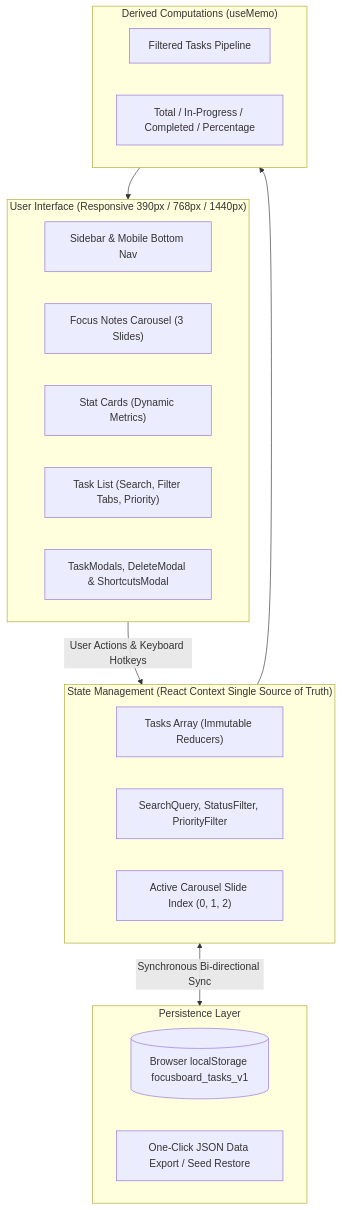
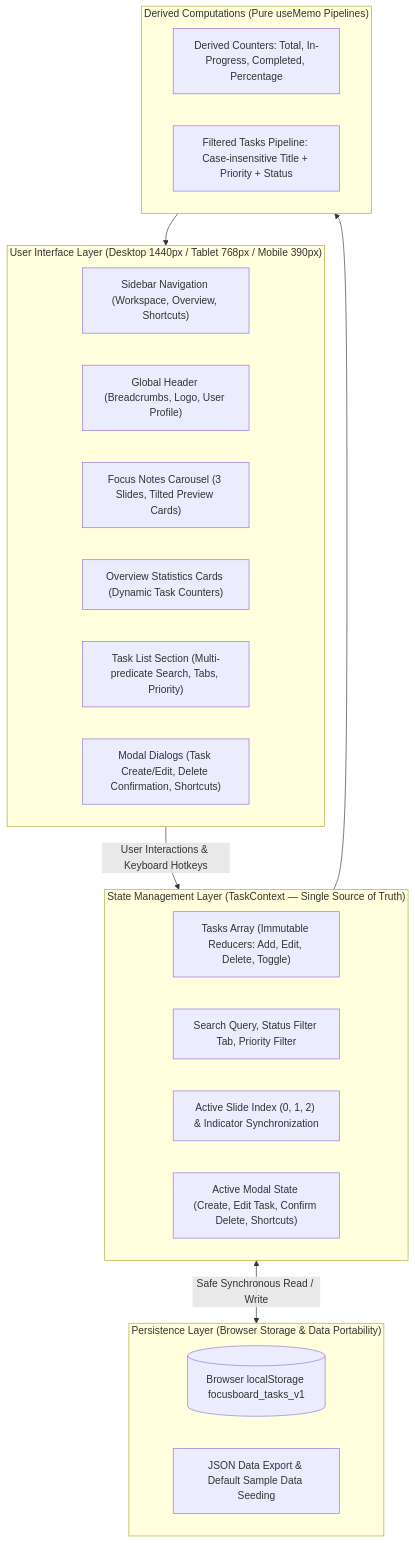
One commit to vamsikiran1234/FocusBoard changed the diagram in README.md. Above: the diagram before and after it, drawn with Mermaid. The commit also changed other lines of this file and 1 other file, not shown here.

Commit message:
docs: enhance README with architecture matrix and elevate AI_USAGE with senior debugging narratives

````diff
--- a/README.md
+++ b/README.md
@@ -24,31 +32,33 @@
 ```mermaid
 flowchart TD
-    subgraph UI ["User Interface (Responsive 390px / 768px / 1440px)"]
-        Sidebar["Sidebar & Mobile Bottom Nav"]
-        Carousel["Focus Notes Carousel (3 Slides)"]
-        Stats["Stat Cards (Dynamic Metrics)"]
-        TaskList["Task List (Search, Filter Tabs, Priority)"]
-        Modals["TaskModals, DeleteModal & ShortcutsModal"]
+    subgraph UI ["User Interface Layer (Desktop 1440px / Tablet 768px / Mobile 390px)"]
+        Sidebar["Sidebar Navigation (Workspace, Overview, Shortcuts)"]
+        Header["Global Header (Breadcrumbs, Logo, User Profile)"]
+        Carousel["Focus Notes Carousel (3 Slides, Tilted Preview Cards)"]
+        Stats["Overview Statistics Cards (Dynamic Task Counters)"]
+        TaskList["Task List Section (Multi-predicate Search, Tabs, Priority)"]
+        Modals["Modal Dialogs (Task Create/Edit, Delete Confirmation, Shortcuts)"]
     end
 
-    subgraph CoreState ["State Management (React Context Single Source of Truth)"]
-        State["Tasks Array (Immutable Reducers)"]
-        Filters["SearchQuery, StatusFilter, PriorityFilter"]
-        ActiveSlide["Active Carousel Slide Index (0, 1, 2)"]
+    subgraph CoreState ["State Management Layer (TaskContext — Single Source of Truth)"]
+        TasksState["Tasks Array (Immutable Reducers: Add, Edit, Delete, Toggle)"]
+        FilterState["Search Query, Status Filter Tab, Priority Filter"]
+        CarouselState["Active Slide Index (0, 1, 2) & Indicator Synchronization"]
+        ModalState["Active Modal State (Create, Edit Task, Confirm Delete, Shortcuts)"]
     end
 
-    subgraph Derived ["Derived Computations (useMemo)"]
-        FilteredTasks["Filtered Tasks Pipeline"]
-        DynamicStats["Total / In-Progress / Completed / Percentage"]
+    subgraph DerivedState ["Derived Computations (Pure useMemo Pipelines)"]
+        DynamicStats["Derived Counters: Total, In-Progress, Completed, Percentage"]
+        FilteredTasks["Filtered Tasks Pipeline: Case-insensitive Title + Priority + Status"]
     end
 
-    subgraph Persistence ["Persistence Layer"]
-        Storage[("Browser localStorage focusboard_tasks_v1")]
-        Export["One-Click JSON Data Export / Seed Restore"]
+    subgraph Persistence ["Persistence Layer (Browser Storage & Data Portability)"]
+        LocalStorage[("Browser localStorage focusboard_tasks_v1")]
+        DataExport["JSON Data Export & Default Sample Data Seeding"]
     end
 
-    UI -->|User Actions & Keyboard Hotkeys| CoreState
-    CoreState --> Derived
-    Derived --> UI
-    CoreState <-->|Synchronous Bi-directional Sync| Persistence
+    UI -->|User Interactions & Keyboard Hotkeys| CoreState
+    CoreState --> DerivedState
+    DerivedState --> UI
+    CoreState <-->|Safe Synchronous Read / Write| Persistence
 ```
````
